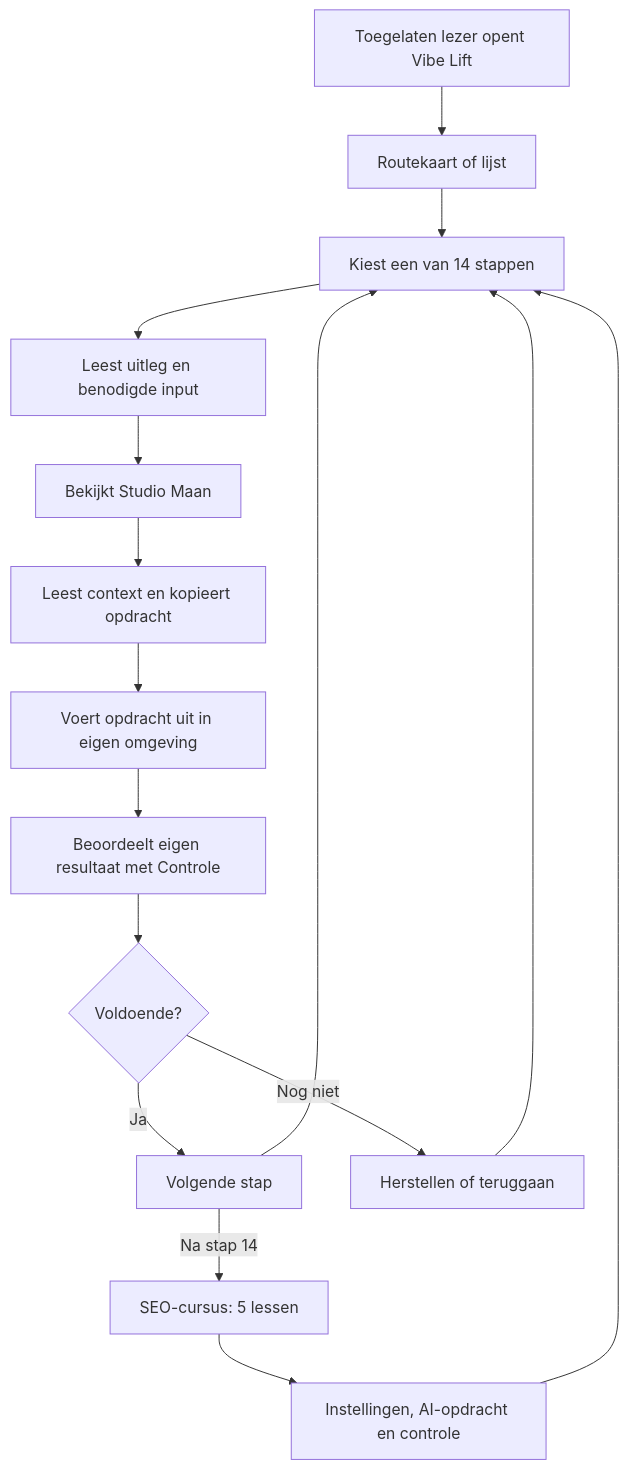
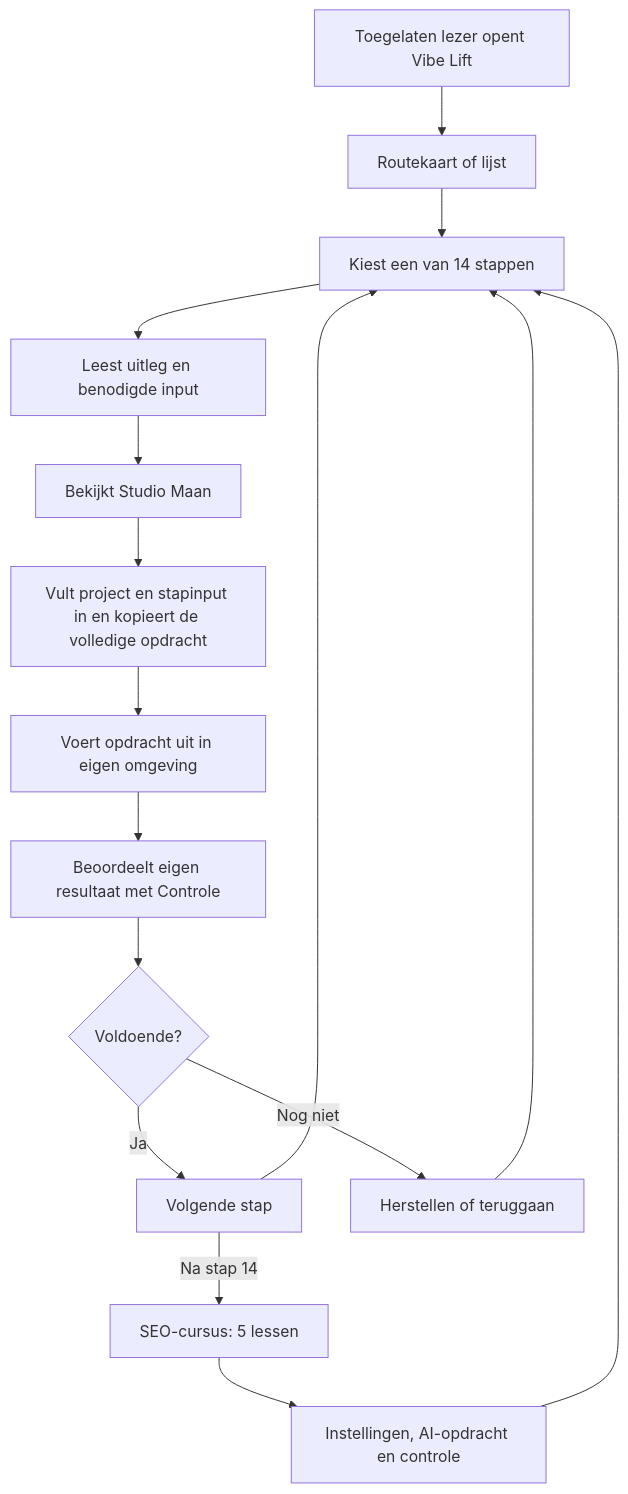
The diagram in docs/APPLICATION_USER_OPERATING_MODEL.md (Mavas1976/Vibe-Lift), drawn with Mermaid before and after one commit. The commit also changed other lines of this file and 34 other files, not shown here.

````diff
--- a/docs/APPLICATION_USER_OPERATING_MODEL.md
+++ b/docs/APPLICATION_USER_OPERATING_MODEL.md
@@ -70,18 +70,18 @@
 ```mermaid
 flowchart TD
   A[Toegelaten lezer opent Vibe Lift] --> B[Routekaart of lijst]
   B --> C[Kiest een van 14 stappen]
   C --> D[Leest uitleg en benodigde input]
   D --> E[Bekijkt Studio Maan]
-  E --> F[Leest context en kopieert opdracht]
+  E --> F[Vult project en stapinput in en kopieert de volledige opdracht]
   F --> G[Voert opdracht uit in eigen omgeving]
   G --> H[Beoordeelt eigen resultaat met Controle]
   H --> I{Voldoende?}
   I -->|Ja| J[Volgende stap]
   I -->|Nog niet| K[Herstellen of teruggaan]
   J --> C
   J -->|Na stap 14| L[SEO-cursus: 5 lessen]
   L --> M[Instellingen, AI-opdracht en controle]
   M --> C
   K --> C
 ```
````
